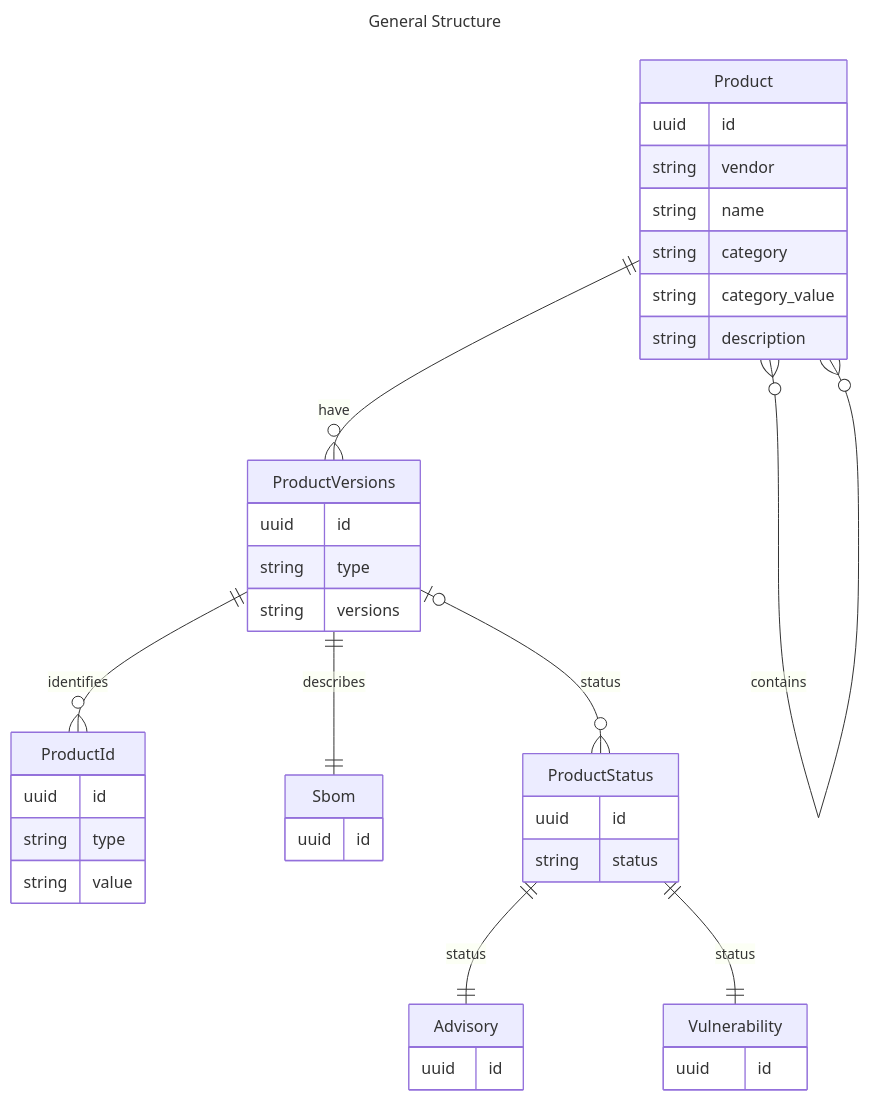
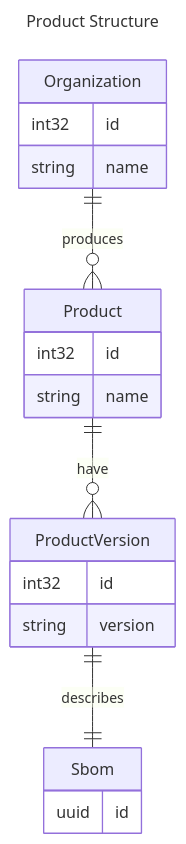
Before and after one commit to helio-frota/trustify: the diagram in docs/design/products.md, drawn with Mermaid. The commit also changed other lines of this file, not shown here.

````diff
--- a/docs/design/products.md
+++ b/docs/design/products.md
@@ -1,55 +1,30 @@
 ```mermaid
 ---
-title: General Structure
+title: Product Structure
 ---
 erDiagram
 
-    Product {
-        uuid id
-        string vendor
+    Organization {
+        int32 id
         string name
-        string category
-        string category_value
-        string description
     }
 
-    ProductVersions {
-        uuid id
-        string type
-        string versions
+    Product {
+        int32 id
+        string name
     }
 
-    ProductId {
-        uuid id
-        string type
-        string value
+    ProductVersion {
+        int32 id
+        string version
     }
 
     Sbom {
         uuid id
     }
 
-    Advisory {
-        uuid id
-    }
-
-    Vulnerability {
-        uuid id
-    }
-
-    ProductStatus {
-        uuid id
-        string status
-    }
-
-    Product }o -- o{ Product : contains
-    Product || -- o{ ProductVersions : have
-    ProductVersions || -- o{ ProductId : identifies
-    ProductVersions || -- || Sbom : describes
-
-    ProductStatus || -- || Advisory : status
-    ProductStatus || -- || Vulnerability : status
-    ProductVersions |o -- o{ ProductStatus : status
-
+    Organization || -- o{ Product : produces
+    Product || -- o{ ProductVersion : have
+    ProductVersion || -- || Sbom : describes
 
 ```
````
